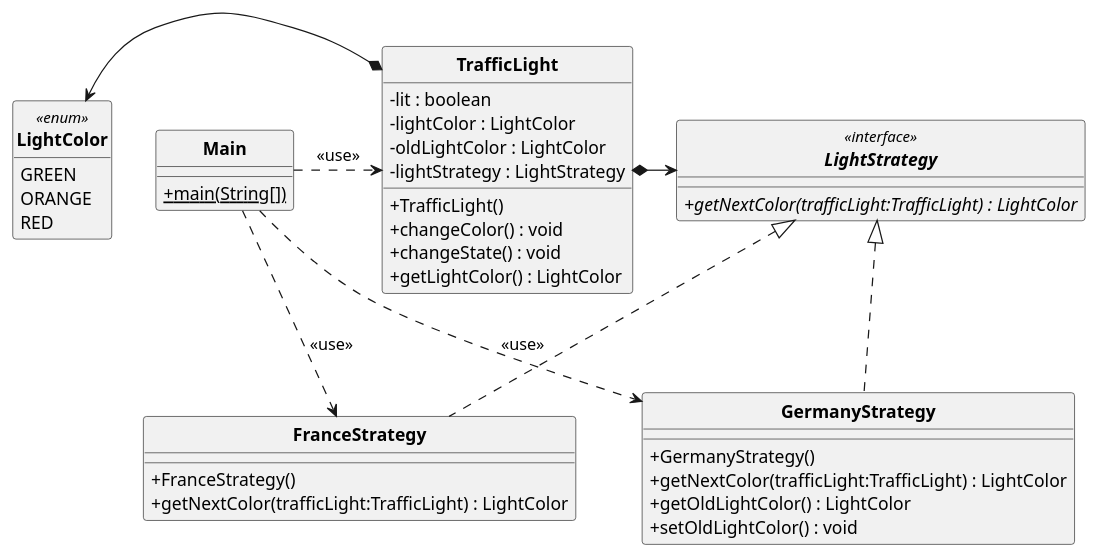
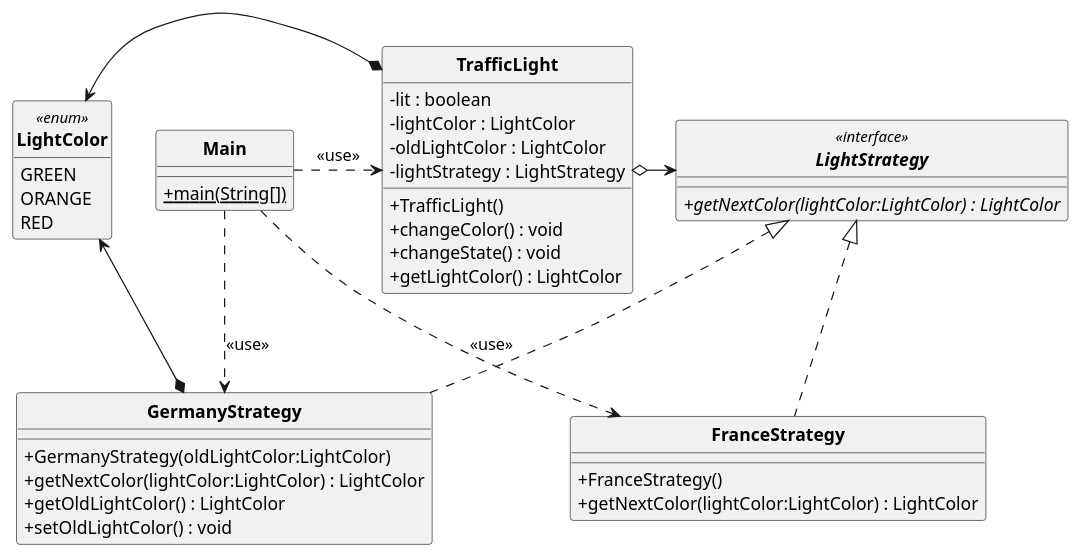
One commit to BaptisteWetterwald/dut-a31 changed the diagram in out/production/A31_Project/TD1/Exo3/exo3.puml. Above: the diagram before and after it, drawn with PlantUML. The commit also changed 17 other files, not shown here.

```diff
--- a/out/production/A31_Project/TD1/Exo3/exo3.puml
+++ b/out/production/A31_Project/TD1/Exo3/exo3.puml
@@ -1,59 +1,60 @@
 @startuml
 'https://plantuml.com/class-diagram
 
 skinparam style strictuml
 skinparam classAttributeIconSize 0
 skinparam classFontStyle Bold
 hide enum methods
 
 enum LightColor <<enum>>
 {
     GREEN
     ORANGE
     RED
 }
 
 interface LightStrategy <<interface>>
 {
-    + {abstract} getNextColor(trafficLight:TrafficLight) : LightColor
+    + {abstract} getNextColor(lightColor:LightColor) : LightColor
 }
 
 class Main
 {
     + {static} main(String[])
 }
 
 class TrafficLight
 {
     - lit : boolean
     - lightColor : LightColor
     - oldLightColor : LightColor
     - lightStrategy : LightStrategy
 
     + TrafficLight()
     + changeColor() : void
     + changeState() : void
     + getLightColor() : LightColor
 }
 
 class FranceStrategy implements LightStrategy
 {
     + FranceStrategy()
-    + getNextColor(trafficLight:TrafficLight) : LightColor
+    + getNextColor(lightColor:LightColor) : LightColor
 }
 
 class GermanyStrategy implements LightStrategy
 {
-    + GermanyStrategy()
-    + getNextColor(trafficLight:TrafficLight) : LightColor
+    + GermanyStrategy(oldLightColor:LightColor)
+    + getNextColor(lightColor:LightColor) : LightColor
     + getOldLightColor() : LightColor
     + setOldLightColor() : void
 }
 
-TrafficLight *-> LightStrategy
+TrafficLight o-> LightStrategy
 TrafficLight *-left> LightColor
+GermanyStrategy *-> LightColor
 Main .> TrafficLight : <<use>>
 Main .> FranceStrategy : <<use>>
 Main .> GermanyStrategy : <<use>>
 
 @enduml
```
